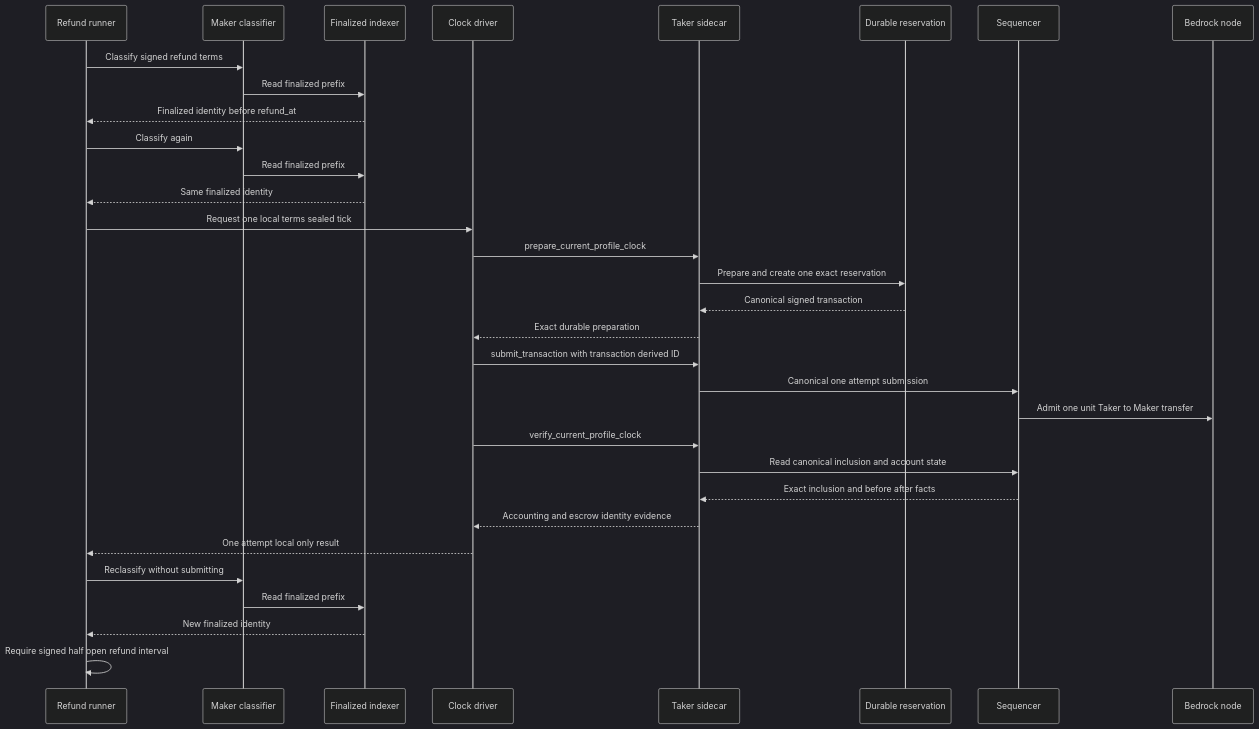
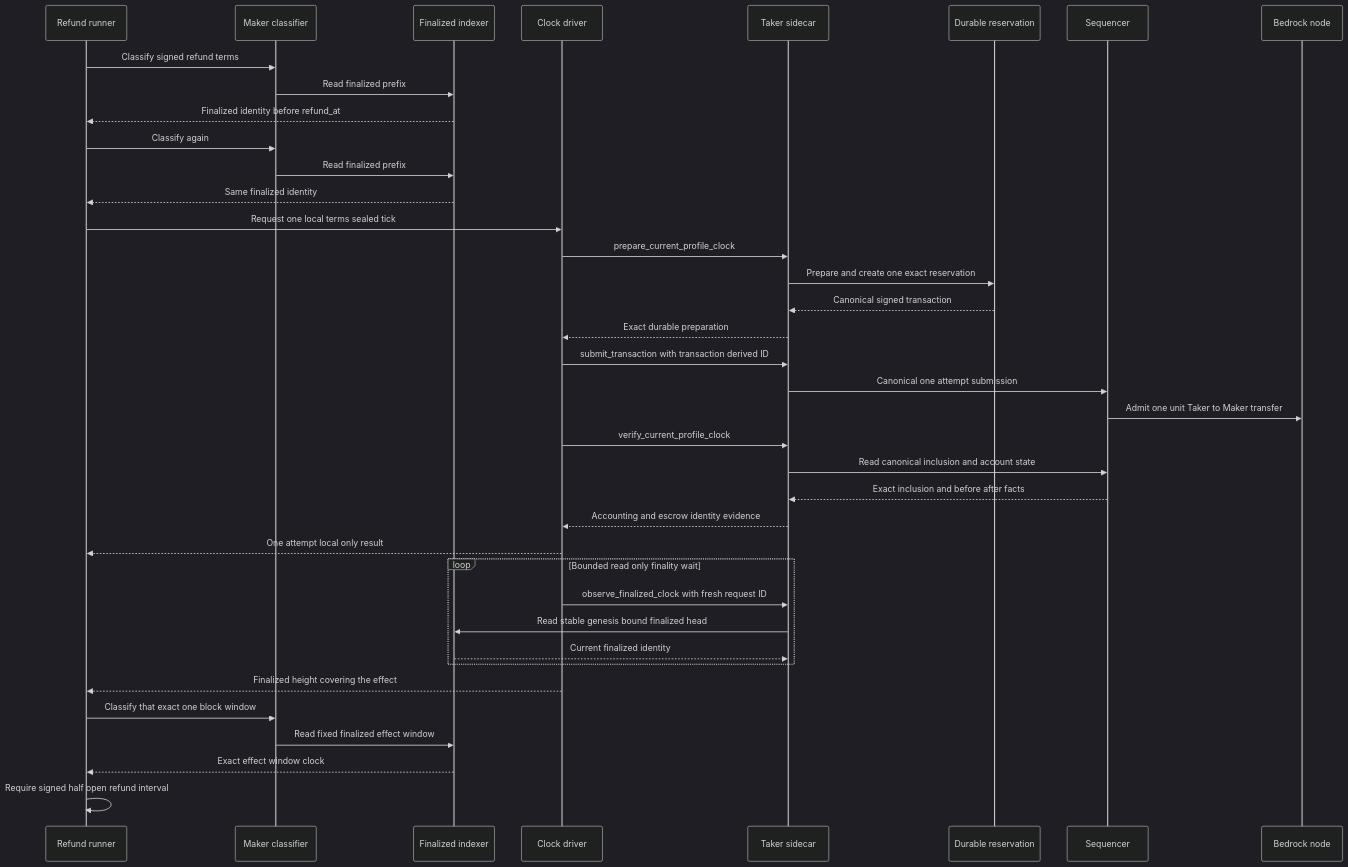
The second of 3 diagrams in docs/architecture/0123-drive-the-local-finalized-clock-with-one-sealed-effect.md (gateway-fm/lez-atomic-swaps), drawn with Mermaid (dark theme) before and after one commit. The commit also changed other lines of this file and 20 other files, not shown here.

Commit message:
fix(m5): observe the current finalized clock

````diff
--- a/docs/architecture/0123-drive-the-local-finalized-clock-with-one-sealed-effect.md
+++ b/docs/architecture/0123-drive-the-local-finalized-clock-with-one-sealed-effect.md
@@ -145,35 +163,41 @@
 ```mermaid
 sequenceDiagram
     participant R as Refund runner
     participant C as Maker classifier
     participant I as Finalized indexer
     participant D as Clock driver
     participant T as Taker sidecar
     participant Q as Durable reservation
     participant S as Sequencer
     participant B as Bedrock node
 
     R->>C: Classify signed refund terms
     C->>I: Read finalized prefix
     I-->>R: Finalized identity before refund_at
     R->>C: Classify again
     C->>I: Read finalized prefix
     I-->>R: Same finalized identity
     R->>D: Request one local terms sealed tick
     D->>T: prepare_current_profile_clock
     T->>Q: Prepare and create one exact reservation
     Q-->>T: Canonical signed transaction
     T-->>D: Exact durable preparation
     D->>T: submit_transaction with transaction derived ID
     T->>S: Canonical one attempt submission
     S->>B: Admit one unit Taker to Maker transfer
     D->>T: verify_current_profile_clock
     T->>S: Read canonical inclusion and account state
     S-->>T: Exact inclusion and before after facts
     T-->>D: Accounting and escrow identity evidence
     D-->>R: One attempt local only result
-    R->>C: Reclassify without submitting
-    C->>I: Read finalized prefix
-    I-->>R: New finalized identity
+    loop Bounded read only finality wait
+        D->>T: observe_finalized_clock with fresh request ID
+        T->>I: Read stable genesis bound finalized head
+        I-->>T: Current finalized identity
+    end
+    D-->>R: Finalized height covering the effect
+    R->>C: Classify that exact one block window
+    C->>I: Read fixed finalized effect window
+    I-->>R: Exact effect window clock
     R->>R: Require signed half open refund interval
 ```
````
